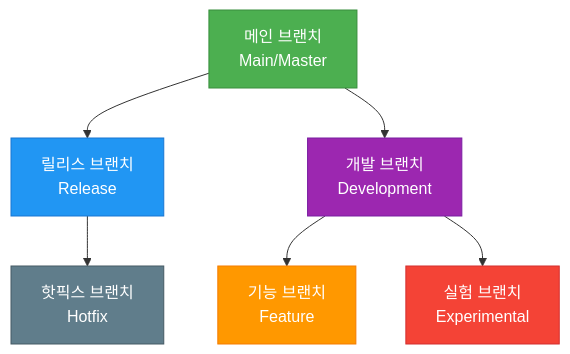
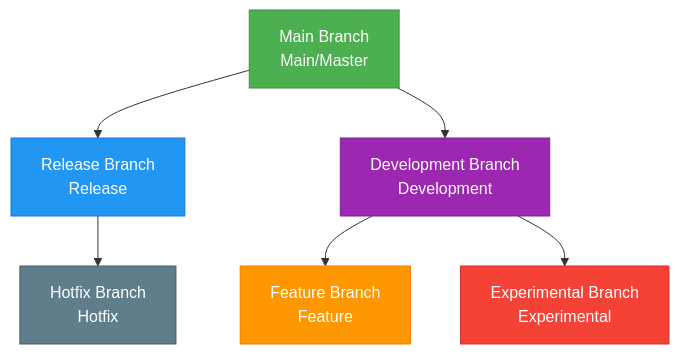
Before and after one commit to bbalganjjm/prompt-driven-development: the second of 4 diagrams in 7.prompt-driven-development-methodology-finalization.md, drawn with Mermaid. The commit also changed other lines of this file and 3 other files, not shown here.

````diff
--- a/7.prompt-driven-development-methodology-finalization.md
+++ b/7.prompt-driven-development-methodology-finalization.md
@@ -144,15 +133,15 @@
 ```mermaid
 graph TD
-    A[메인 브랜치\nMain/Master] --> B[릴리스 브랜치\nRelease]
-    A --> C[개발 브랜치\nDevelopment]
-    C --> D[기능 브랜치\nFeature]
-    C --> E[실험 브랜치\nExperimental]
-    B --> F[핫픽스 브랜치\nHotfix]
+    A[Main Branch\nMain/Master] --> B[Release Branch\nRelease]
+    A --> C[Development Branch\nDevelopment]
+    C --> D[Feature Branch\nFeature]
+    C --> E[Experimental Branch\nExperimental]
+    B --> F[Hotfix Branch\nHotfix]
     
     style A fill:#4CAF50,stroke:#388E3C,color:white
     style B fill:#2196F3,stroke:#1976D2,color:white
     style C fill:#9C27B0,stroke:#7B1FA2,color:white
     style D fill:#FF9800,stroke:#F57C00,color:white
     style E fill:#F44336,stroke:#D32F2F,color:white
     style F fill:#607D8B,stroke:#455A64,color:white
 ```
````
